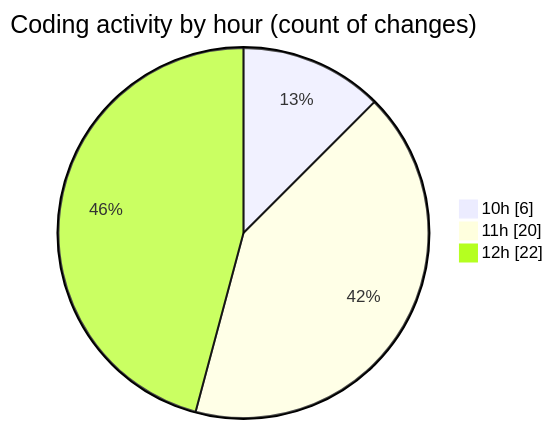
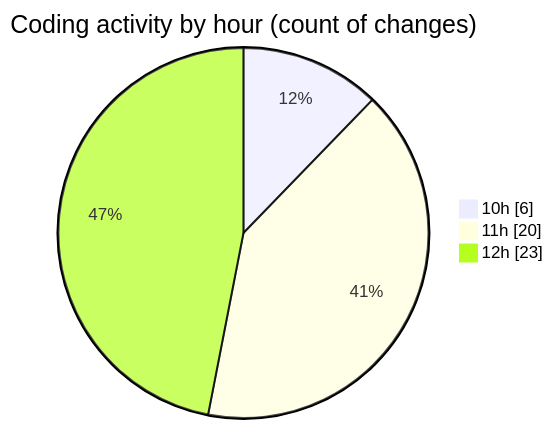
Before and after one commit to nxtqubesakshisongat/code-tracking: the second of 2 diagrams in 2025-05-05/nxtqube_webapp/README.md, drawn with Mermaid. The commit also changed other lines of this file and 1 other file, not shown here.

````diff
--- a/2025-05-05/nxtqube_webapp/README.md
+++ b/2025-05-05/nxtqube_webapp/README.md
@@ -28,7 +28,7 @@
 ```mermaid
 pie showData
 title Coding activity by hour (count of changes)
 "10h" : 6
 "11h" : 20
-"12h" : 22
+"12h" : 23
 ```
````
